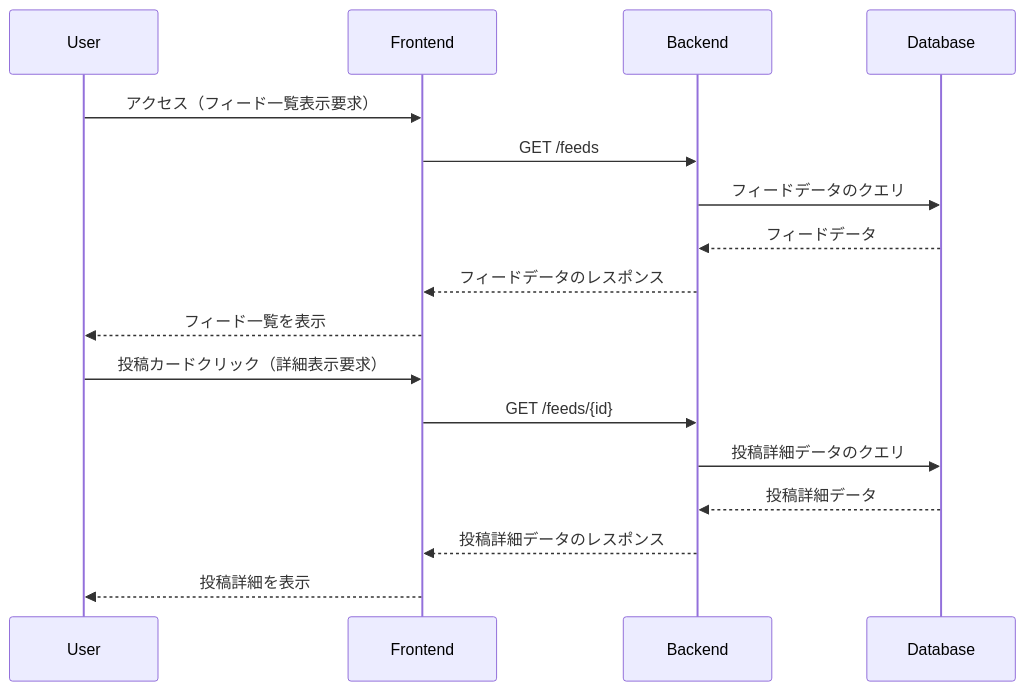
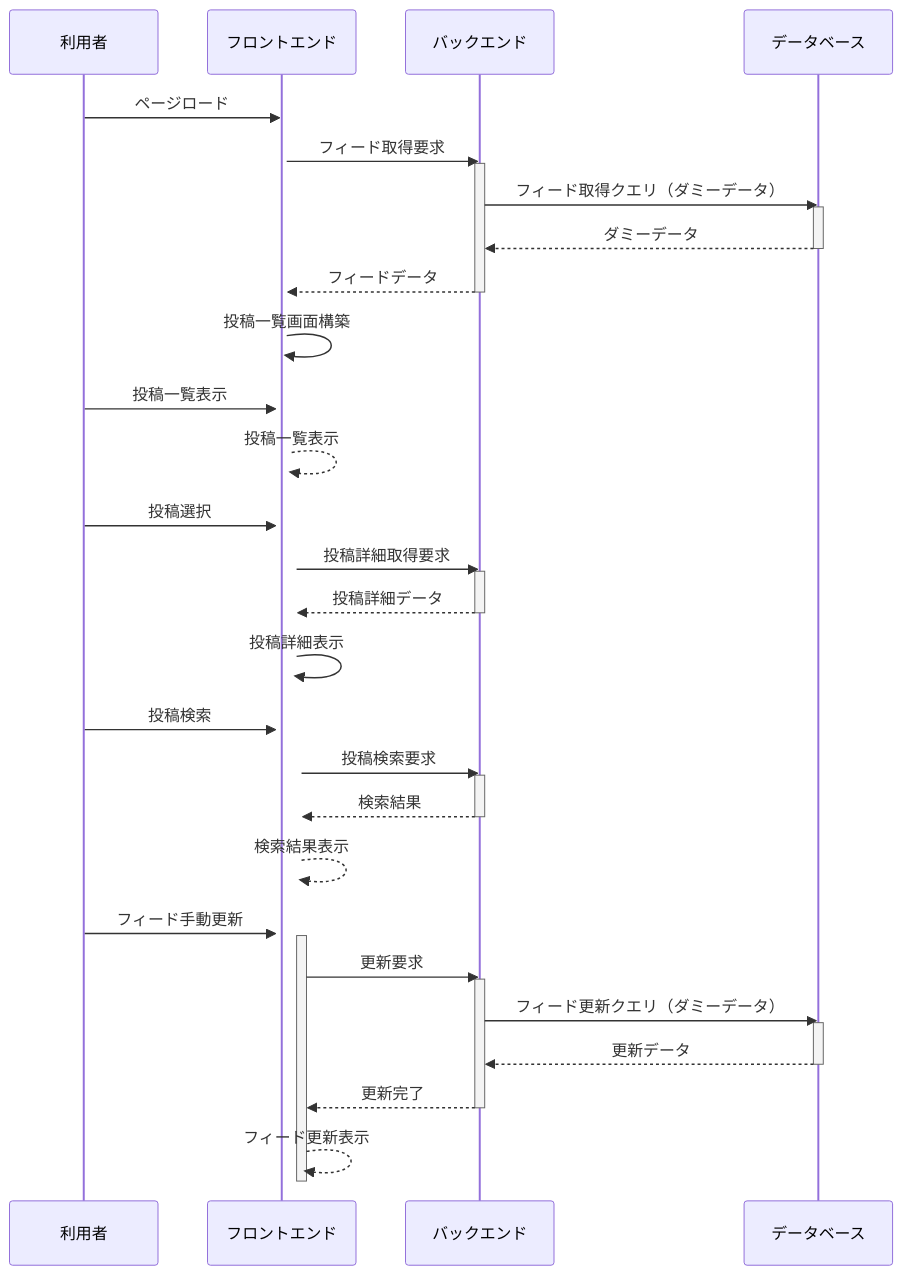
The diagram in README.md (kurokawa5/kurokawa5), drawn with Mermaid before and after one commit.

````diff
--- a/README.md
+++ b/README.md
@@ -10,21 +10,71 @@
 ```mermaid
 sequenceDiagram
-    participant User
-    participant Frontend
-    participant Backend
-    participant Database
+    participant User as 利用者
+    participant Frontend as フロントエンド
+    participant Backend as バックエンド
+    participant Database as データベース
 
-    User->>Frontend: アクセス（フィード一覧表示要求）
-    Frontend->>Backend: GET /feeds
-    Backend->>Database: フィードデータのクエリ
-    Database-->>Backend: フィードデータ
-    Backend-->>Frontend: フィードデータのレスポンス
-    Frontend-->>User: フィード一覧を表示
+    User ->> Frontend: ページロード
+    activate Frontend
 
-    User->>Frontend: 投稿カードクリック（詳細表示要求）
-    Frontend->>Backend: GET /feeds/{id}
-    Backend->>Database: 投稿詳細データのクエリ
-    Database-->>Backend: 投稿詳細データ
-    Backend-->>Frontend: 投稿詳細データのレスポンス
-    Frontend-->>User: 投稿詳細を表示
+    Frontend ->> Backend: フィード取得要求
+    activate Backend
+
+    Backend ->> Database: フィード取得クエリ（ダミーデータ）
+    activate Database
+
+    Database -->> Backend: ダミーデータ
+    deactivate Database
+
+    Backend -->> Frontend: フィードデータ
+    deactivate Backend
+
+    Frontend ->> Frontend: 投稿一覧画面構築
+
+    User ->> Frontend: 投稿一覧表示
+    activate Frontend
+
+    Frontend -->> Frontend: 投稿一覧表示
+
+    User ->> Frontend: 投稿選択
+    activate Frontend
+
+    Frontend ->> Backend: 投稿詳細取得要求
+    activate Backend
+
+    Backend -->> Frontend: 投稿詳細データ
+    deactivate Backend
+
+    Frontend ->> Frontend: 投稿詳細表示
+
+    User ->> Frontend: 投稿検索
+    activate Frontend
+
+    Frontend ->> Backend: 投稿検索要求
+    activate Backend
+
+    Backend -->> Frontend: 検索結果
+    deactivate Backend
+
+    Frontend -->> Frontend: 検索結果表示
+
+    User ->> Frontend: フィード手動更新
+    activate Frontend
+
+    Frontend ->> Backend: 更新要求
+    activate Backend
+
+    Backend ->> Database: フィード更新クエリ（ダミーデータ）
+    activate Database
+
+    Database -->> Backend: 更新データ
+    deactivate Database
+
+    Backend -->> Frontend: 更新完了
+    deactivate Backend
+
+    Frontend -->> Frontend: フィード更新表示
+
+    deactivate Frontend
+
 ```
````
